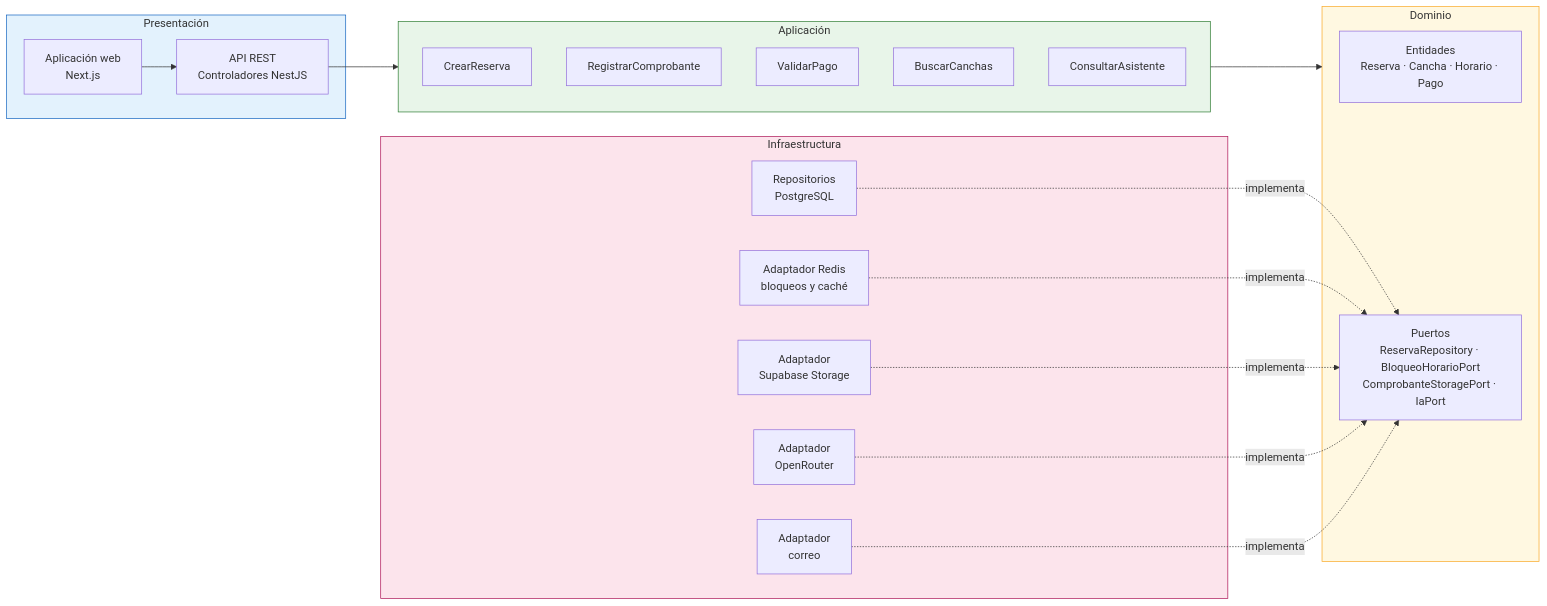
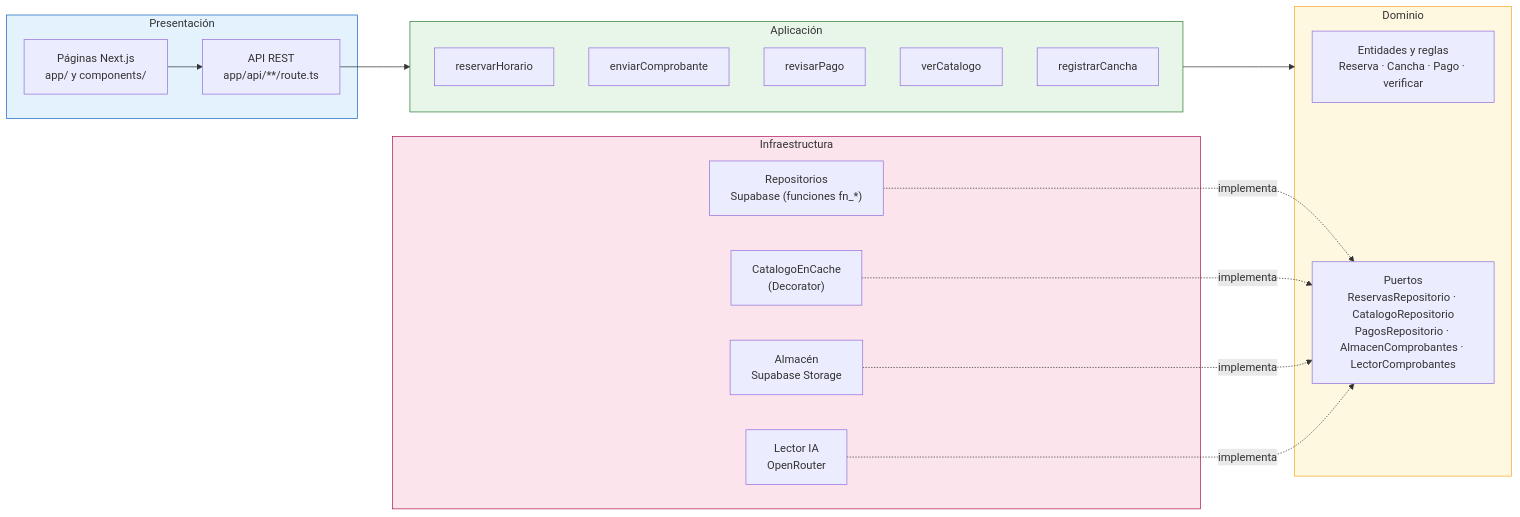
The diagram in img/fuentes-svg/componentes.mmd (edhtsprado27-bit/ReservaYa-Ayacucho), drawn with Mermaid before and after one commit. The commit also changed 18 other files, not shown here.

```diff
--- a/img/fuentes-svg/componentes.mmd
+++ b/img/fuentes-svg/componentes.mmd
@@ -1,36 +1,34 @@
 flowchart LR
     subgraph pres["Presentación"]
-        web["Aplicación web<br/>Next.js"]
-        rest["API REST<br/>Controladores NestJS"]
+        web["Páginas Next.js<br/>app/ y components/"]
+        rest["API REST<br/>app/api/**/route.ts"]
     end
     subgraph app["Aplicación"]
-        uc1["CrearReserva"]
-        uc2["RegistrarComprobante"]
-        uc3["ValidarPago"]
-        uc4["BuscarCanchas"]
-        uc5["ConsultarAsistente"]
+        uc1["reservarHorario"]
+        uc2["enviarComprobante"]
+        uc3["revisarPago"]
+        uc4["verCatalogo"]
+        uc5["registrarCancha"]
     end
     subgraph dom["Dominio"]
-        ent["Entidades<br/>Reserva · Cancha · Horario · Pago"]
-        ports["Puertos<br/>ReservaRepository · BloqueoHorarioPort<br/>ComprobanteStoragePort · IaPort"]
+        ent["Entidades y reglas<br/>Reserva · Cancha · Pago · verificar"]
+        ports["Puertos<br/>ReservasRepositorio · CatalogoRepositorio<br/>PagosRepositorio · AlmacenComprobantes · LectorComprobantes"]
     end
     subgraph infra["Infraestructura"]
-        pg["Repositorios<br/>PostgreSQL"]
-        rd["Adaptador Redis<br/>bloqueos y caché"]
-        st["Adaptador<br/>Supabase Storage"]
-        or["Adaptador<br/>OpenRouter"]
-        ml["Adaptador<br/>correo"]
+        pg["Repositorios<br/>Supabase (funciones fn_*)"]
+        ca["CatalogoEnCache<br/>(Decorator)"]
+        st["Almacén<br/>Supabase Storage"]
+        or["Lector IA<br/>OpenRouter"]
     end
 
     web --> rest --> app
     app --> dom
     pg -.->|implementa| ports
-    rd -.->|implementa| ports
+    ca -.->|implementa| ports
     st -.->|implementa| ports
     or -.->|implementa| ports
-    ml -.->|implementa| ports
 
     style pres fill:#e3f2fd,stroke:#1565c0
     style app fill:#e8f5e9,stroke:#2e7d32
     style dom fill:#fff8e1,stroke:#f9a825
     style infra fill:#fce4ec,stroke:#ad1457
```
